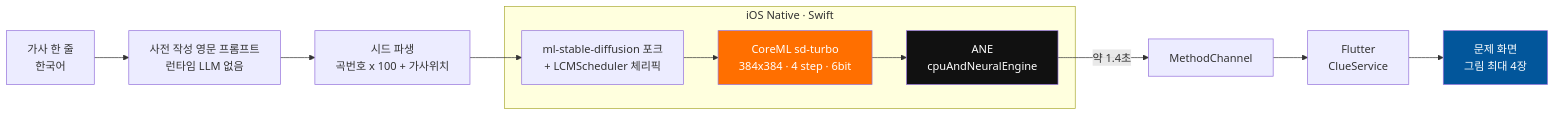
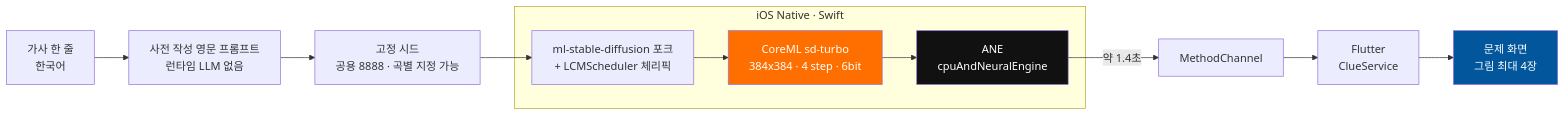
One commit to jihojivenchy/picsong changed the first of 3 diagrams in README.md. Above: the diagram before and after it, drawn with Mermaid. The commit also changed other lines of this file, not shown here.

````diff
--- a/README.md
+++ b/README.md
@@ -40,19 +40,19 @@
 ```mermaid
 flowchart LR
     A["가사 한 줄<br/>한국어"] --> B["사전 작성 영문 프롬프트<br/>런타임 LLM 없음"]
-    B --> C["시드 파생<br/>곡번호 x 100 + 가사위치"]
+    B --> C["고정 시드<br/>공용 8888 · 곡별 지정 가능"]
 
     subgraph iOS ["iOS Native · Swift"]
         D["ml-stable-diffusion 포크<br/>+ LCMScheduler 체리픽"] --> E["CoreML sd-turbo<br/>384x384 · 4 step · 6bit"]
         E --> F["ANE<br/>cpuAndNeuralEngine"]
     end
 
     C --> D
     F -->|"약 1.4초"| G["MethodChannel"]
     G --> H["Flutter<br/>ClueService"]
     H --> I["문제 화면<br/>그림 최대 4장"]
 
     style E fill:#FF6F00,color:#fff
     style F fill:#111111,color:#fff
     style I fill:#02569B,color:#fff
 ```
````
